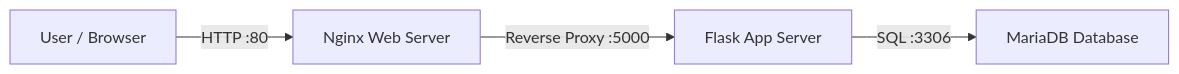
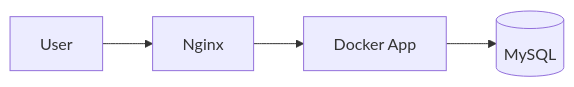
One commit to arkantandel/ansible-project-3-tier- changed the diagram in README.md. Above: the diagram before and after it, drawn with Mermaid. The commit also changed other lines of this file, not shown here.

````diff
--- a/README.md
+++ b/README.md
@@ -32,7 +50,6 @@
 ```mermaid
 flowchart LR
-    U[User / Browser]
-    U -->|HTTP :80| W[Nginx Web Server]
-    W -->|Reverse Proxy :5000| A[Flask App Server]
-    A -->|SQL :3306| D[MariaDB Database]
+    User --> Web[Nginx]
+    Web --> App[Docker App]
+    App --> DB[(MySQL)]
 ```
````
